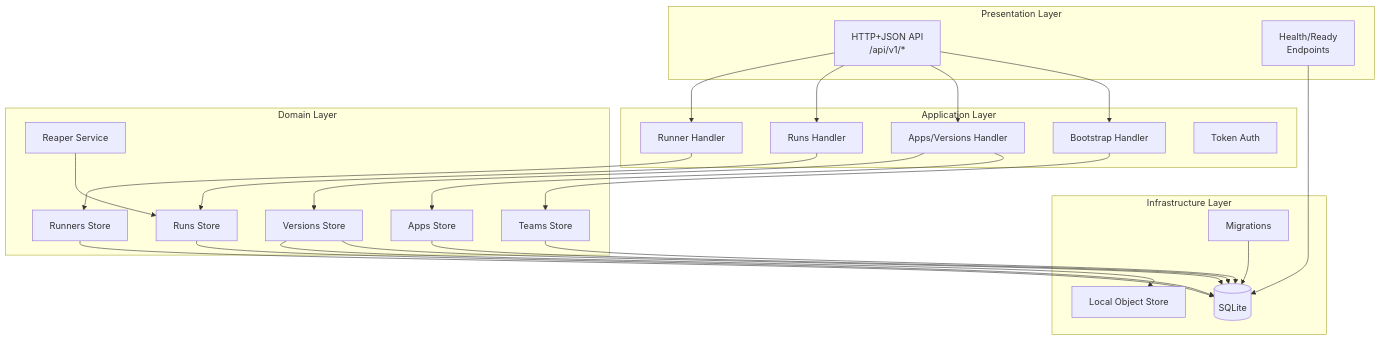
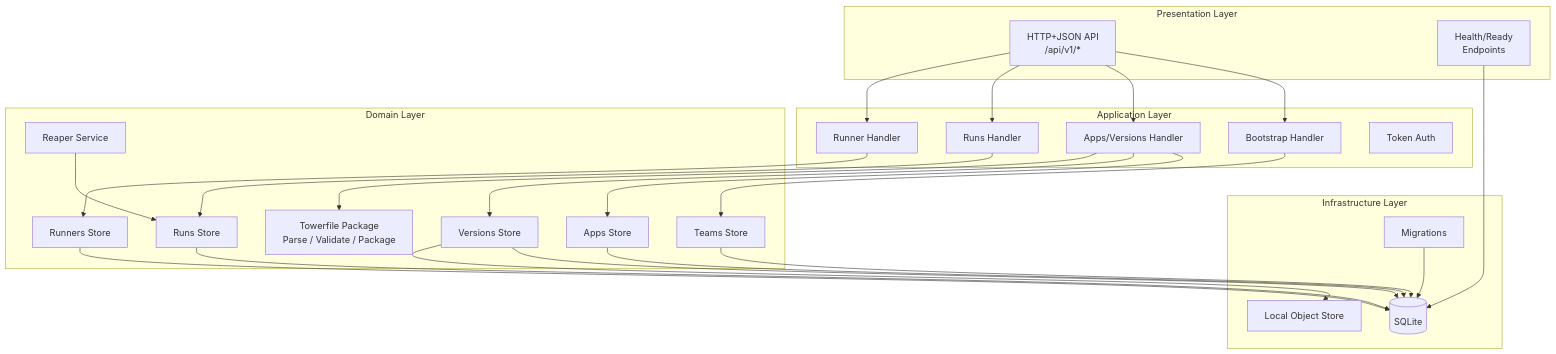
Before and after one commit to ryan-h265/mini-tower: the second of 5 diagrams in docs/architecture.md, drawn with Mermaid. The commit also changed other lines of this file and 1 other file, not shown here.

First line of the commit message:
Update architecture diagrams and docs for Towerfile and frontend

````diff
--- a/docs/architecture.md
+++ b/docs/architecture.md
@@ -68,51 +82,53 @@
 ```mermaid
 graph TD
     subgraph "Presentation Layer"
         HTTP[HTTP+JSON API<br/>/api/v1/*]
         Health[Health/Ready<br/>Endpoints]
     end
 
     subgraph "Application Layer"
         Bootstrap[Bootstrap Handler]
         Apps[Apps/Versions Handler]
         Runs[Runs Handler]
         Runner[Runner Handler]
         TokenAuth[Token Auth]
     end
 
     subgraph "Domain Layer"
         TeamStore[Teams Store]
         AppStore[Apps Store]
         VersionStore[Versions Store]
+        TowerfilePkg[Towerfile Package<br/>Parse / Validate / Package]
         RunStore[Runs Store]
         RunnerStore[Runners Store]
         ReaperSvc[Reaper Service]
     end
 
     subgraph "Infrastructure Layer"
         DB[(SQLite)]
         ObjStore[Local Object Store]
         Migrations[Migrations]
     end
 
     HTTP --> Bootstrap
     HTTP --> Apps
     HTTP --> Runs
     HTTP --> Runner
     Health --> DB
 
     Bootstrap --> TeamStore
     Apps --> AppStore
     Apps --> VersionStore
+    Apps --> TowerfilePkg
     Runs --> RunStore
     Runner --> RunnerStore
     ReaperSvc --> RunStore
 
     TeamStore --> DB
     AppStore --> DB
     VersionStore --> DB
     RunStore --> DB
     RunnerStore --> DB
     VersionStore --> ObjStore
     Migrations --> DB
 ```
````
